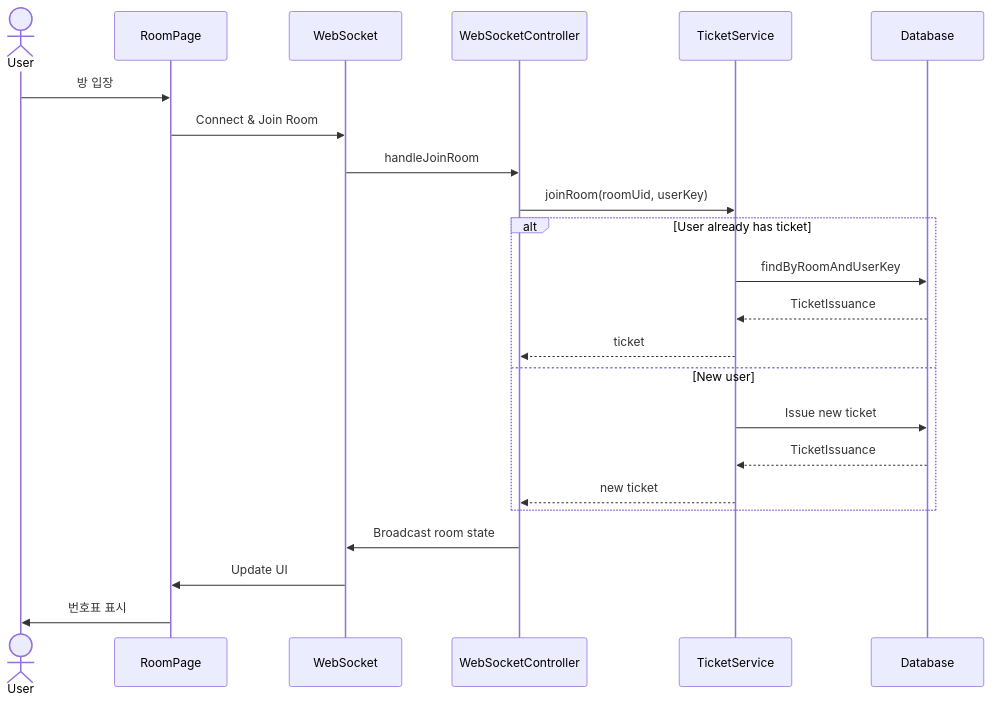
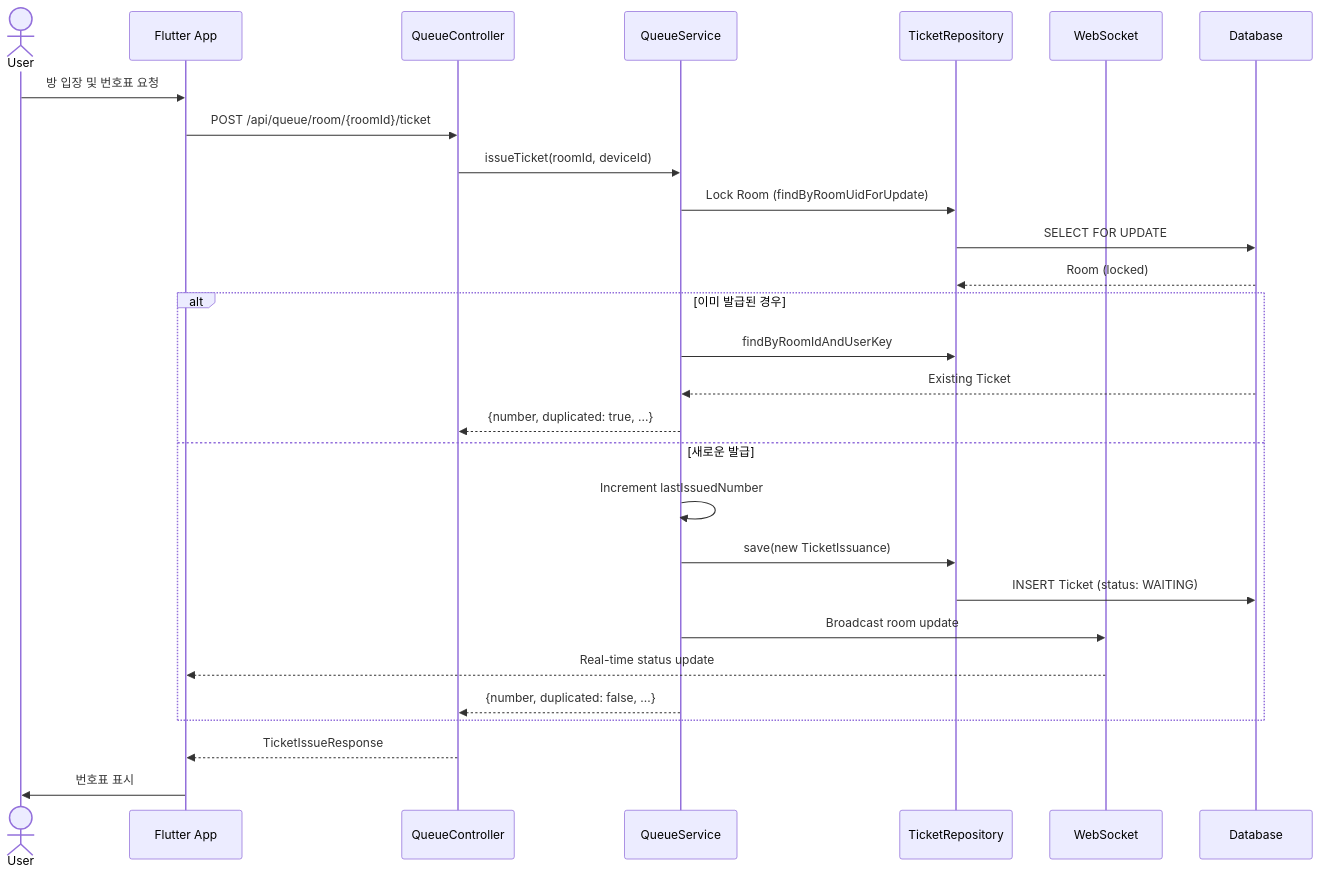
The sixth of 8 diagrams in src/main/resources/markDown/DATABASE_DIAGRAMS.md (TetraLabYonam/api), drawn with Mermaid before and after one commit. The commit also changed other lines of this file and 4 other files, not shown here.

First line of the commit message:
DOCS : 프로젝트 문서 정리 및 DATABASE_DIAGRAMS.md 개선

````diff
--- a/src/main/resources/markDown/DATABASE_DIAGRAMS.md
+++ b/src/main/resources/markDown/DATABASE_DIAGRAMS.md
@@ -299,28 +489,34 @@
 ```mermaid
 sequenceDiagram
     actor User
-    participant Frontend as RoomPage
+    participant App as Flutter App
+    participant API as QueueController
+    participant Service as QueueService
+    participant Repo as TicketRepository
     participant WS as WebSocket
-    participant Controller as WebSocketController
-    participant TicketSvc as TicketService
     participant DB as Database
 
-    User->>Frontend: 방 입장
-    Frontend->>WS: Connect & Join Room
-    WS->>Controller: handleJoinRoom
-    Controller->>TicketSvc: joinRoom(roomUid, userKey)
+    User->>App: 방 입장 및 번호표 요청
+    App->>API: POST /api/queue/room/{roomId}/ticket
+    API->>Service: issueTicket(roomId, deviceId)
 
-    alt User already has ticket
-        TicketSvc->>DB: findByRoomAndUserKey
-        DB-->>TicketSvc: TicketIssuance
-        TicketSvc-->>Controller: ticket
-    else New user
-        TicketSvc->>DB: Issue new ticket
-        DB-->>TicketSvc: TicketIssuance
-        TicketSvc-->>Controller: new ticket
+    Service->>Repo: Lock Room (findByRoomUidForUpdate)
+    Repo->>DB: SELECT FOR UPDATE
+    DB-->>Repo: Room (locked)
+
+    alt 이미 발급된 경우
+        Service->>Repo: findByRoomIdAndUserKey
+        DB-->>Service: Existing Ticket
+        Service-->>API: {number, duplicated: true, ...}
+    else 새로운 발급
+        Service->>Service: Increment lastIssuedNumber
+        Service->>Repo: save(new TicketIssuance)
+        Repo->>DB: INSERT Ticket (status: WAITING)
+        Service->>WS: Broadcast room update
+        WS-->>App: Real-time status update
+        Service-->>API: {number, duplicated: false, ...}
     end
 
-    Controller->>WS: Broadcast room state
-    WS->>Frontend: Update UI
-    Frontend->>User: 번호표 표시
+    API-->>App: TicketIssueResponse
+    App->>User: 번호표 표시
 ```
````
